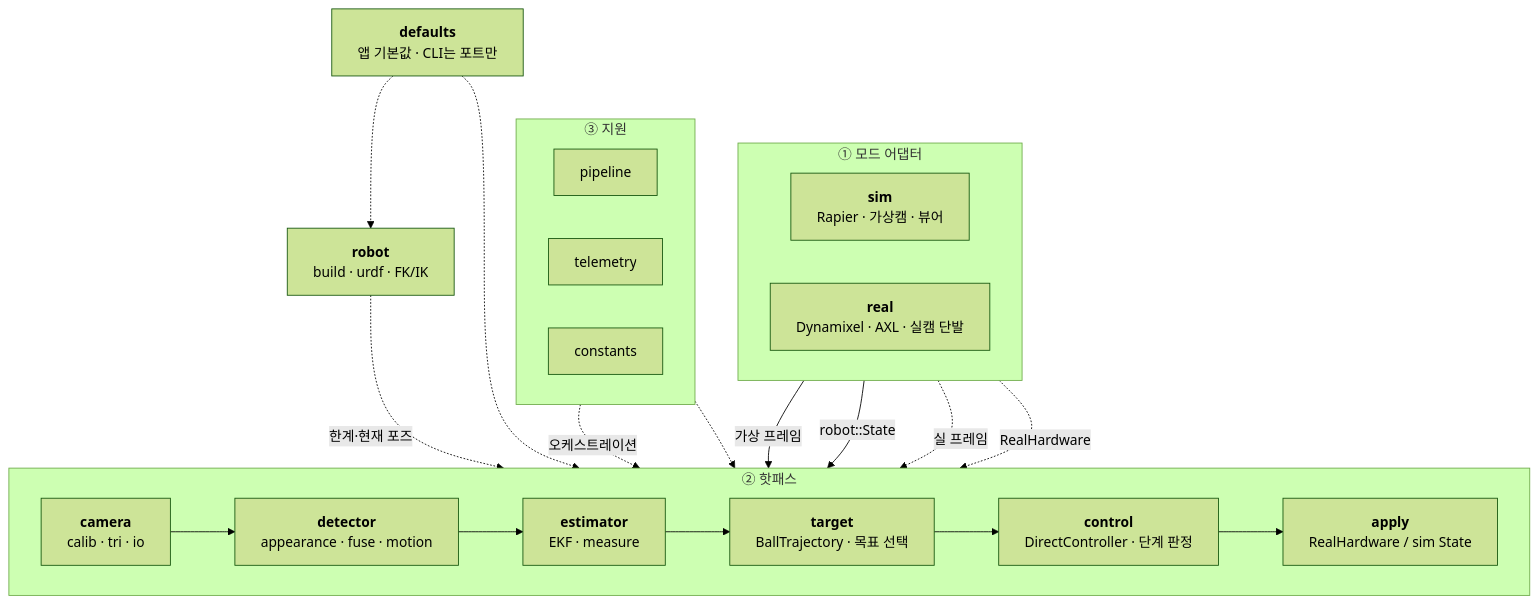
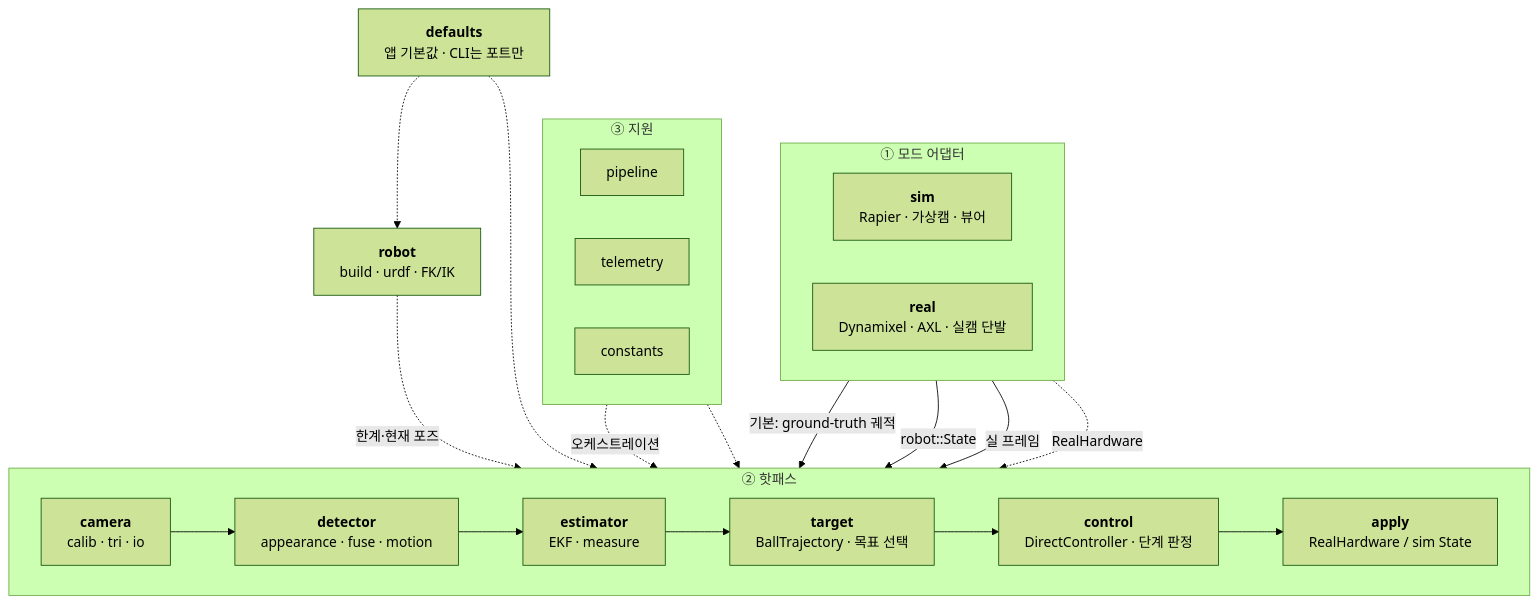
One commit to luv-all/pingpong-bot changed the first of 4 diagrams in README.md. Above: the diagram before and after it, drawn with Mermaid (forest theme). The commit also changed other lines of this file and 4 other files, not shown here.

````diff
--- a/README.md
+++ b/README.md
@@ -332,41 +332,41 @@
 ```mermaid
 flowchart TB
   defaults["<b>defaults</b><br/>앱 기본값 · CLI는 포트만"]
 
   subgraph adapters ["① 모드 어댑터"]
     direction LR
     sim["<b>sim</b><br/>Rapier · 가상캠 · 뷰어"]
     real["<b>real</b><br/>Dynamixel · AXL · 실캠 단발"]
   end
 
   subgraph hot ["② 핫패스"]
     direction LR
     camera["<b>camera</b><br/>calib · tri · io"]
     detector["<b>detector</b><br/>appearance · fuse · motion"]
     estimator["<b>estimator</b><br/>EKF · measure"]
     target["<b>target</b><br/>BallTrajectory · 목표 선택"]
     control["<b>control</b><br/>DirectController · 단계 판정"]
     hardware["<b>apply</b><br/>RealHardware / sim State"]
     camera --> detector --> estimator --> target --> control --> hardware
   end
 
   robot["<b>robot</b><br/>build · urdf · FK/IK"]
   defaults -.-> hot
   defaults -.-> robot
   robot -.->|한계·현재 포즈| control
 
-  sim -->|가상 프레임| camera
+  sim -->|기본: ground-truth 궤적| target
   sim -->|robot::State| hardware
-  real -.->|실 프레임| camera
+  real -->|실 프레임| camera
   real -.->|RealHardware| hardware
 
   subgraph support ["③ 지원"]
     direction LR
     pipeline["pipeline"]
     telemetry["telemetry"]
     constants["constants"]
   end
 
   pipeline -.->|오케스트레이션| hot
   constants -.-> hot
 ```
````
